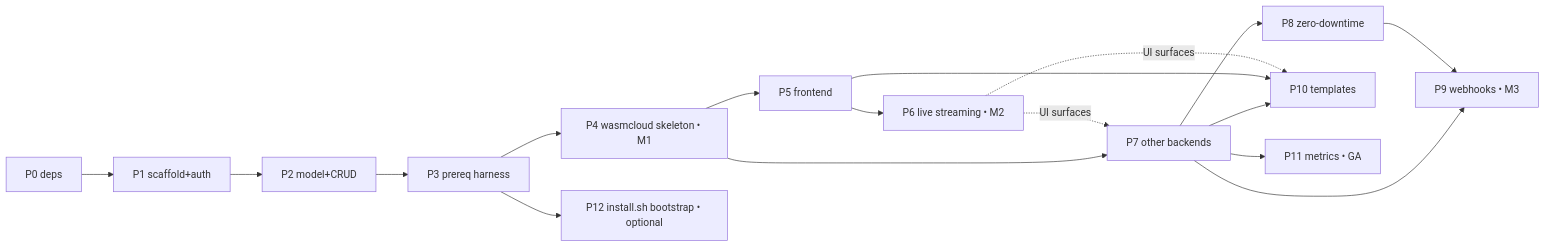
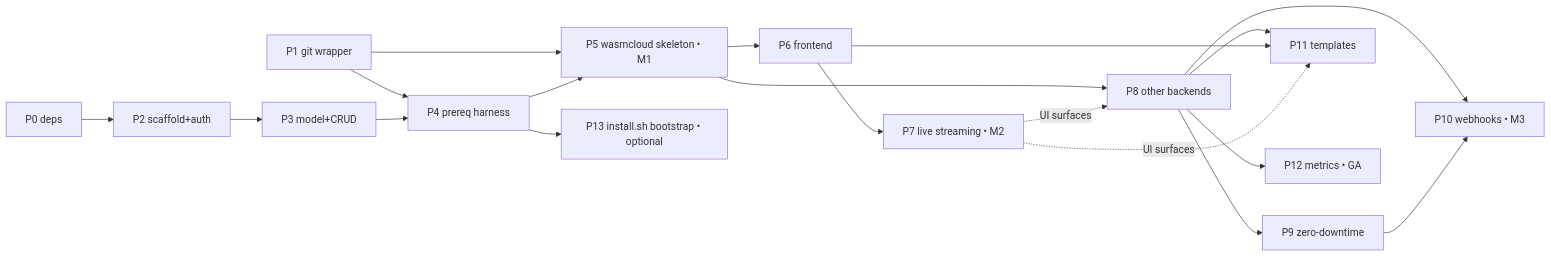
One commit to rifkyputra/postlab changed the diagram in docs/plan/postlab_go_roadmap.md. Above: the diagram before and after it, drawn with Mermaid. The commit also changed other lines of this file and 1 other file, not shown here.

First line of the commit message:
docs: sequence git wrapper rewrite as roadmap Phase 1

````diff
--- a/docs/plan/postlab_go_roadmap.md
+++ b/docs/plan/postlab_go_roadmap.md
@@ -514,19 +629,21 @@
 ```mermaid
 flowchart LR
-    P0[P0 deps] --> P1[P1 scaffold+auth]
-    P1 --> P2[P2 model+CRUD]
-    P2 --> P3[P3 prereq harness]
-    P3 --> P4[P4 wasmcloud skeleton • M1]
-    P4 --> P5[P5 frontend]
-    P5 --> P6[P6 live streaming • M2]
-    P4 --> P7[P7 other backends]
-    P7 --> P8[P8 zero-downtime]
-    P7 --> P9[P9 webhooks • M3]
-    P8 --> P9
-    P7 --> P10[P10 templates]
-    P5 --> P10
-    P7 --> P11[P11 metrics • GA]
-    P3 --> P12[P12 install.sh bootstrap • optional]
-    P6 -. UI surfaces .-> P7
-    P6 -. UI surfaces .-> P10
+    P0[P0 deps] --> P2[P2 scaffold+auth]
+    P1[P1 git wrapper] --> P5
+    P1 --> P4
+    P2 --> P3[P3 model+CRUD]
+    P3 --> P4[P4 prereq harness]
+    P4 --> P5[P5 wasmcloud skeleton • M1]
+    P5 --> P6[P6 frontend]
+    P6 --> P7[P7 live streaming • M2]
+    P5 --> P8[P8 other backends]
+    P8 --> P9[P9 zero-downtime]
+    P8 --> P10[P10 webhooks • M3]
+    P9 --> P10
+    P8 --> P11[P11 templates]
+    P6 --> P11
+    P8 --> P12[P12 metrics • GA]
+    P4 --> P13[P13 install.sh bootstrap • optional]
+    P7 -. UI surfaces .-> P8
+    P7 -. UI surfaces .-> P11
 ```
````
